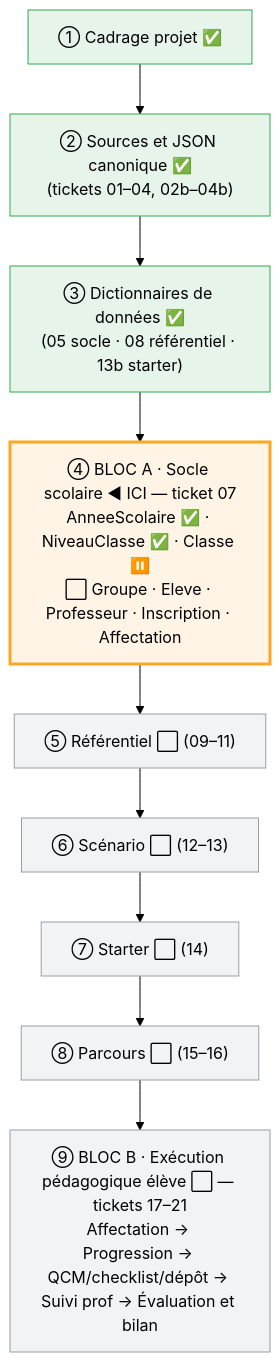
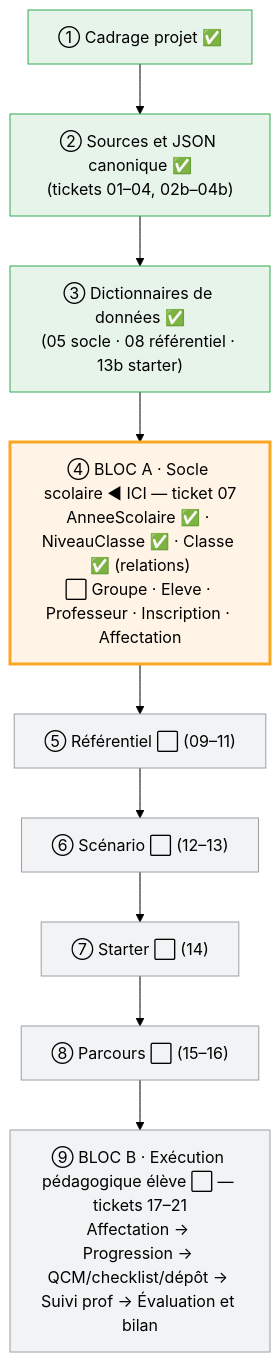
Before and after one commit to caucrogeGit/ReferenCiel-Manager: the diagram in docs/journal-de-progression.md, drawn with Mermaid (forest theme). The commit also changed other lines of this file and 4 other files, not shown here.

First line of the commit message:
docs: retour-009 RÉSOLU (809d224f) + journal à jour (Classe + relations)

````diff
--- a/docs/journal-de-progression.md
+++ b/docs/journal-de-progression.md
@@ -457,19 +485,19 @@
 ```mermaid
 flowchart TD
     A["① Cadrage projet ✅"]
     B["② Sources et JSON canonique ✅<br/>(tickets 01–04, 02b–04b)"]
     C["③ Dictionnaires de données ✅<br/>(05 socle · 08 référentiel · 13b starter)"]
-    D["④ BLOC A · Socle scolaire ◀ ICI — ticket 07<br/>AnneeScolaire ✅ · NiveauClasse ✅ · Classe ⏸️<br/>⬜ Groupe · Eleve · Professeur · Inscription · Affectation"]
+    D["④ BLOC A · Socle scolaire ◀ ICI — ticket 07<br/>AnneeScolaire ✅ · NiveauClasse ✅ · Classe ✅ (relations)<br/>⬜ Groupe · Eleve · Professeur · Inscription · Affectation"]
     E["⑤ Référentiel ⬜ (09–11)"]
     F["⑥ Scénario ⬜ (12–13)"]
     G["⑦ Starter ⬜ (14)"]
     H["⑧ Parcours ⬜ (15–16)"]
     I["⑨ BLOC B · Exécution pédagogique élève ⬜ — tickets 17–21<br/>Affectation → Progression → QCM/checklist/dépôt → Suivi prof → Évaluation et bilan"]
     A --> B --> C --> D --> E --> F --> G --> H --> I
     classDef done fill:#e6f4ea,stroke:#34a853;
     classDef current fill:#fff4e5,stroke:#f9a825,stroke-width:3px;
     classDef todo fill:#f1f3f4,stroke:#9aa0a6;
     class A,B,C done
     class D current
     class E,F,G,H,I todo
 ```
````
